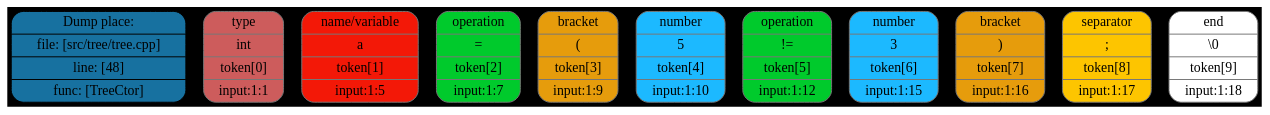
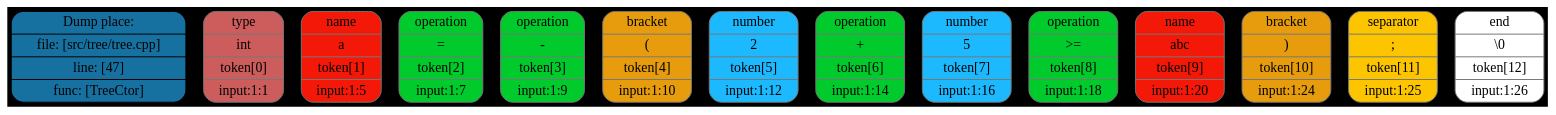
One commit to Maksim-Sebelev/Language changed the diagram in FrontEnd/dot/tokens/dot/tokens1.dot. Above: the diagram before and after it, drawn with Graphviz. The commit also changed 24 other files, not shown here.

```diff
--- a/FrontEnd/dot/tokens/dot/tokens1.dot
+++ b/FrontEnd/dot/tokens/dot/tokens1.dot
@@ -1,16 +1,19 @@
 digraph G{
 rankdir=TB
 graph [bgcolor="#000000"];
 size = "100 5"
-place[shape=Mrecord, style=filled, fillcolor="#1771a0", pos="0,1!",label = " { Dump place: | file: [src/tree/tree.cpp] | line: [48] | func: [TreeCtor] } "color = "#000000"];
+place[shape=Mrecord, style=filled, fillcolor="#1771a0", pos="0,1!",label = " { Dump place: | file: [src/tree/tree.cpp] | line: [47] | func: [TreeCtor] } "color = "#000000"];
 token0[shape=Mrecord, style=filled, fillcolor="#CD5C5C",label = " { type | \int |  token[0] |  input:1:1 } ", color = "#777777"];
-token1[shape=Mrecord, style=filled, fillcolor="#f31807",label = " { name/variable | a |  token[1] |  input:1:5 } ", color = "#777777"];
+token1[shape=Mrecord, style=filled, fillcolor="#f31807",label = " { name | a |  token[1] |  input:1:5 } ", color = "#777777"];
 token2[shape=Mrecord, style=filled, fillcolor="#00ca2c",label = " { operation | \= |  token[2] |  input:1:7 } ", color = "#777777"];
-token3[shape=Mrecord, style=filled, fillcolor="#e69c0c",label = " { bracket | \( |  token[3] |  input:1:9 } ", color = "#777777"];
-token4[shape=Mrecord, style=filled, fillcolor="#1cb9ff",label = " { number | 5 |  token[4] |  input:1:10 } ", color = "#777777"];
-token5[shape=Mrecord, style=filled, fillcolor="#00ca2c",label = " { operation | \!= |  token[5] |  input:1:12 } ", color = "#777777"];
-token6[shape=Mrecord, style=filled, fillcolor="#1cb9ff",label = " { number | 3 |  token[6] |  input:1:15 } ", color = "#777777"];
-token7[shape=Mrecord, style=filled, fillcolor="#e69c0c",label = " { bracket | \) |  token[7] |  input:1:16 } ", color = "#777777"];
-token8[shape=Mrecord, style=filled, fillcolor="#fdc500",label = " { separator | \; |  token[8] |  input:1:17 } ", color = "#777777"];
-token9[shape=Mrecord, style=filled, fillcolor="#ffffff",label = " { end | \\\0 |  token[9] |  input:1:18 } ", color = "#777777"];
+token3[shape=Mrecord, style=filled, fillcolor="#00ca2c",label = " { operation | \- |  token[3] |  input:1:9 } ", color = "#777777"];
+token4[shape=Mrecord, style=filled, fillcolor="#e69c0c",label = " { bracket | \( |  token[4] |  input:1:10 } ", color = "#777777"];
+token5[shape=Mrecord, style=filled, fillcolor="#1cb9ff",label = " { number | 2 |  token[5] |  input:1:12 } ", color = "#777777"];
+token6[shape=Mrecord, style=filled, fillcolor="#00ca2c",label = " { operation | \+ |  token[6] |  input:1:14 } ", color = "#777777"];
+token7[shape=Mrecord, style=filled, fillcolor="#1cb9ff",label = " { number | 5 |  token[7] |  input:1:16 } ", color = "#777777"];
+token8[shape=Mrecord, style=filled, fillcolor="#00ca2c",label = " { operation | \>= |  token[8] |  input:1:18 } ", color = "#777777"];
+token9[shape=Mrecord, style=filled, fillcolor="#f31807",label = " { name | abc |  token[9] |  input:1:20 } ", color = "#777777"];
+token10[shape=Mrecord, style=filled, fillcolor="#e69c0c",label = " { bracket | \) |  token[10] |  input:1:24 } ", color = "#777777"];
+token11[shape=Mrecord, style=filled, fillcolor="#fdc500",label = " { separator | \; |  token[11] |  input:1:25 } ", color = "#777777"];
+token12[shape=Mrecord, style=filled, fillcolor="#ffffff",label = " { end | \\\0 |  token[12] |  input:1:26 } ", color = "#777777"];
 }
```
